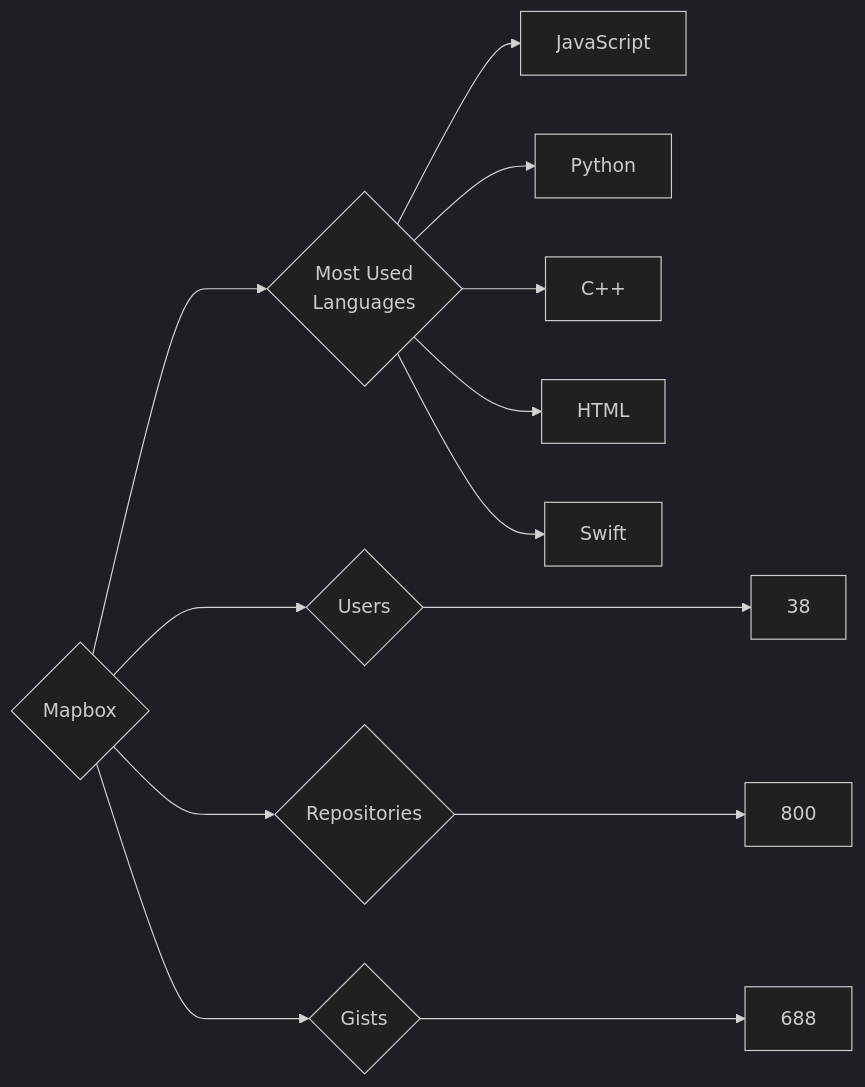
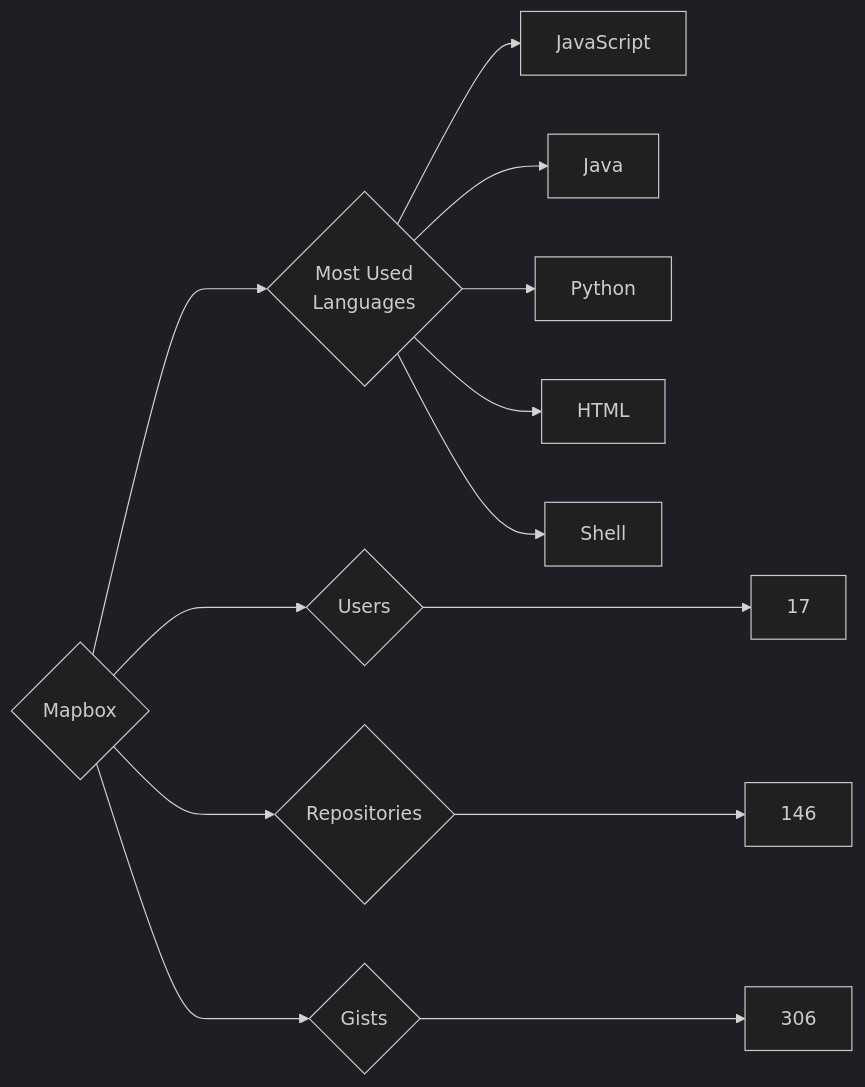
Before and after one commit to trickest/insiders: the diagram in targets/Mapbox/README.md, drawn with Mermaid (dark theme). The commit also changed 924 other files, not shown here.

````diff
--- a/targets/Mapbox/README.md
+++ b/targets/Mapbox/README.md
@@ -3,13 +3,13 @@
 ```mermaid
 graph LR
 COMPANY_NAME{Mapbox}
-COMPANY_NAME ---> U{Users} ---> UN[38]
-COMPANY_NAME ---> R{Repositories} ---> RN[800]
-COMPANY_NAME ---> G{Gists} ---> GN[688]
+COMPANY_NAME ---> U{Users} ---> UN[17]
+COMPANY_NAME ---> R{Repositories} ---> RN[146]
+COMPANY_NAME ---> G{Gists} ---> GN[306]
 COMPANY_NAME ---> ML{Most Used<br>Languages}
 ML --> JavaScript[JavaScript]
+ML --> Java[Java]
 ML --> Python[Python]
-ML --> C++[C++]
 ML --> HTML[HTML]
-ML --> Swift[Swift]
+ML --> Shell[Shell]
 ```
````
